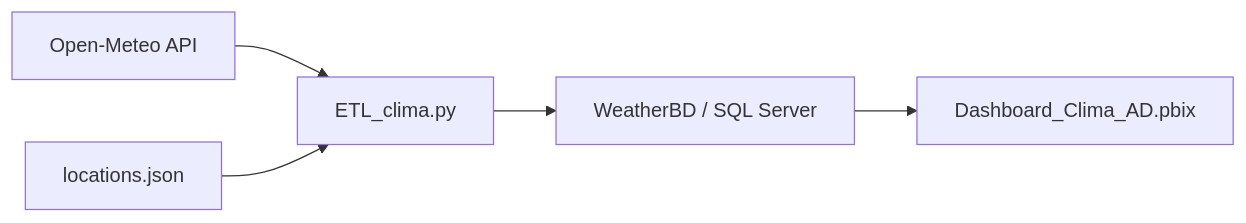
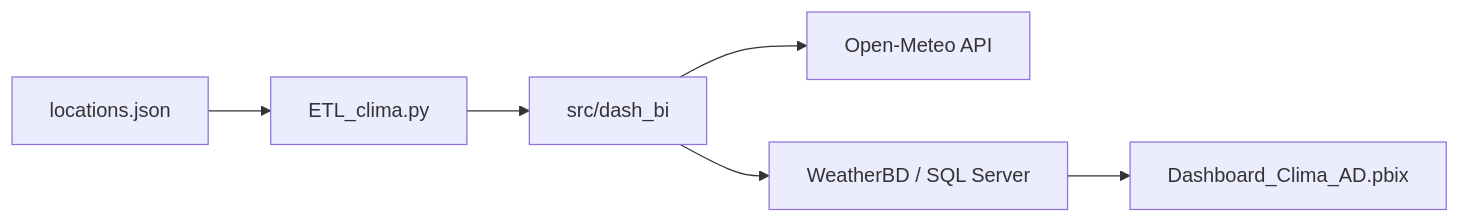
Before and after one commit to DesmondBermudez/Dash_PowerBI: the first of 3 diagrams in README.md, drawn with Mermaid. The commit also changed other lines of this file and 21 other files, not shown here.

````diff
--- a/README.md
+++ b/README.md
@@ -15,7 +17,8 @@
 ```mermaid
 flowchart LR
-    A[Open-Meteo API] --> B[ETL_clima.py]
-    C[locations.json] --> B
-    B --> D[WeatherBD / SQL Server]
-    D --> E[Dashboard_Clima_AD.pbix]
+    A[locations.json] --> B[ETL_clima.py]
+    B --> C[src/dash_bi]
+    C --> D[Open-Meteo API]
+    C --> E[WeatherBD / SQL Server]
+    E --> F[Dashboard_Clima_AD.pbix]
 ```
````
